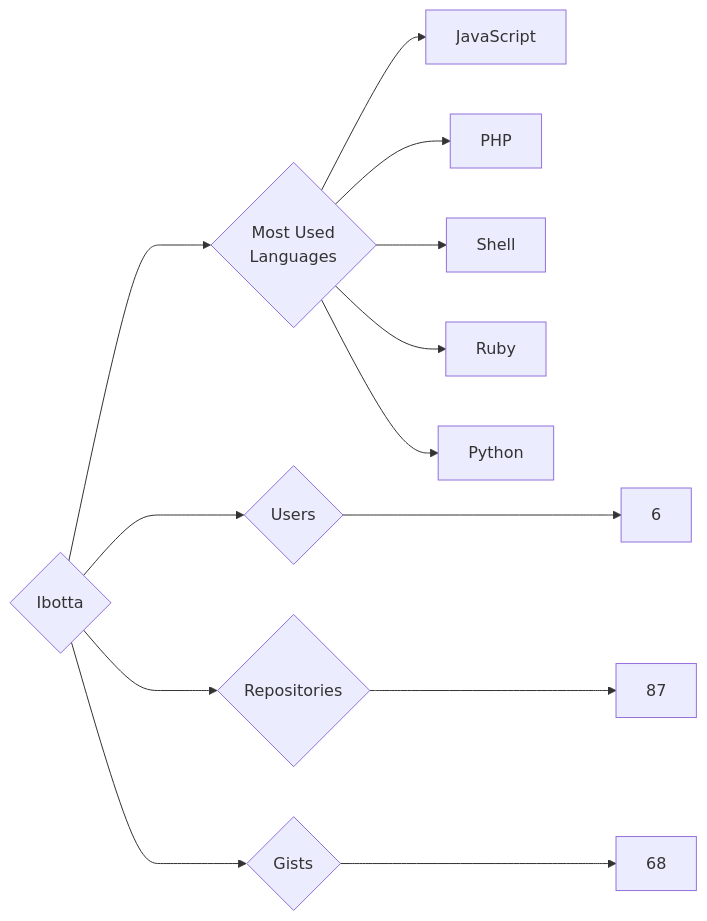
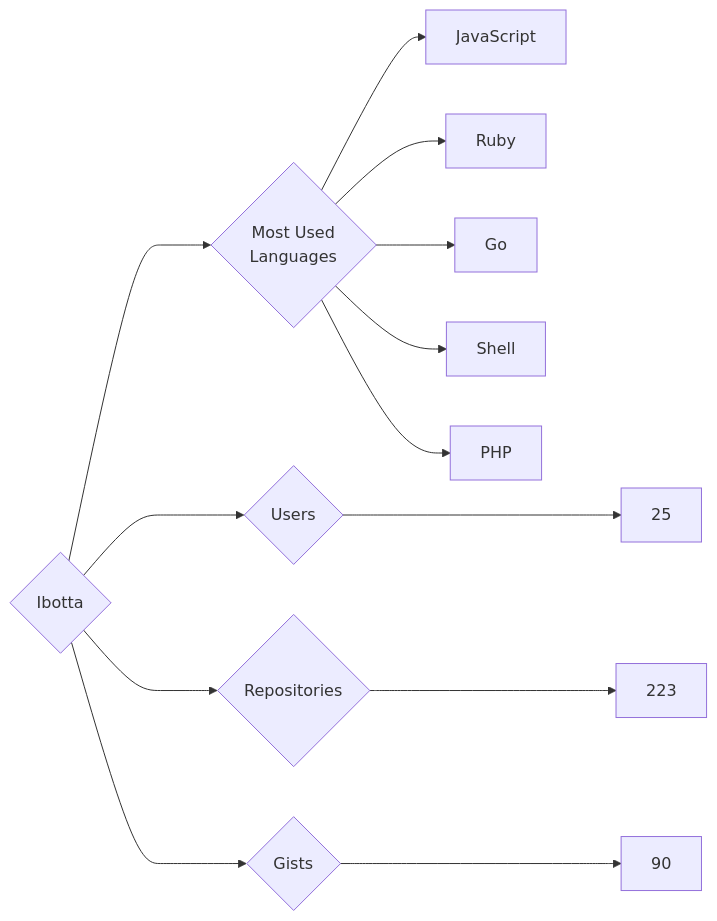
The diagram in targets/Ibotta/README.md (trickest/insiders), drawn with Mermaid before and after one commit. The commit also changed 786 other files, not shown here.

````diff
--- a/targets/Ibotta/README.md
+++ b/targets/Ibotta/README.md
@@ -3,13 +3,13 @@
 ```mermaid
 graph LR
 COMPANY_NAME{Ibotta}
-COMPANY_NAME ---> U{Users} ---> UN[6]
-COMPANY_NAME ---> R{Repositories} ---> RN[87]
-COMPANY_NAME ---> G{Gists} ---> GN[68]
+COMPANY_NAME ---> U{Users} ---> UN[25]
+COMPANY_NAME ---> R{Repositories} ---> RN[223]
+COMPANY_NAME ---> G{Gists} ---> GN[90]
 COMPANY_NAME ---> ML{Most Used<br>Languages}
 ML --> JavaScript[JavaScript]
+ML --> Ruby[Ruby]
+ML --> Go[Go]
+ML --> Shell[Shell]
 ML --> PHP[PHP]
-ML --> Shell[Shell]
-ML --> Ruby[Ruby]
-ML --> Python[Python]
 ```
````
